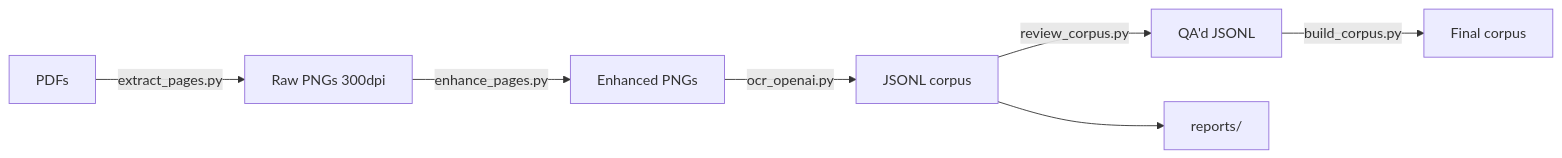
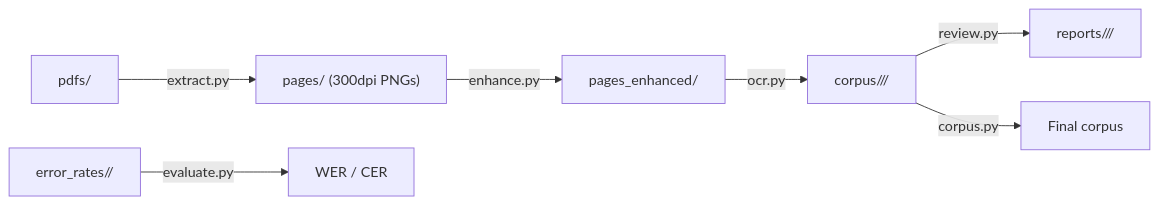
Before and after one commit to crispyfunicular/ocr_pipeline: the diagram in ARCHITECTURE.md, drawn with Mermaid. The commit also changed other lines of this file and 3 other files, not shown here.

First line of the commit message:
docs: Update README and ARCHITECTURE for accuracy

````diff
--- a/ARCHITECTURE.md
+++ b/ARCHITECTURE.md
@@ -9,9 +9,9 @@
 ```mermaid
 graph LR
-    A[PDFs] -->|extract_pages.py| B[Raw PNGs 300dpi]
-    B -->|enhance_pages.py| C[Enhanced PNGs]
-    C -->|ocr_openai.py| D[JSONL corpus]
-    D -->|review_corpus.py| E[QA'd JSONL]
-    E -->|build_corpus.py| F[Final corpus]
-    D --> G[reports/]
+    A[pdfs/] -->|extract.py| B["pages/ (300dpi PNGs)"]
+    B -->|enhance.py| C[pages_enhanced/]
+    C -->|ocr.py| D["corpus/<book>/<model>/"]
+    D -->|review.py| E["reports/<book>/<model>/"]
+    D -->|corpus.py| F[Final corpus]
+    G["error_rates/<book>/"] -->|evaluate.py| H[WER / CER]
 ```
````
